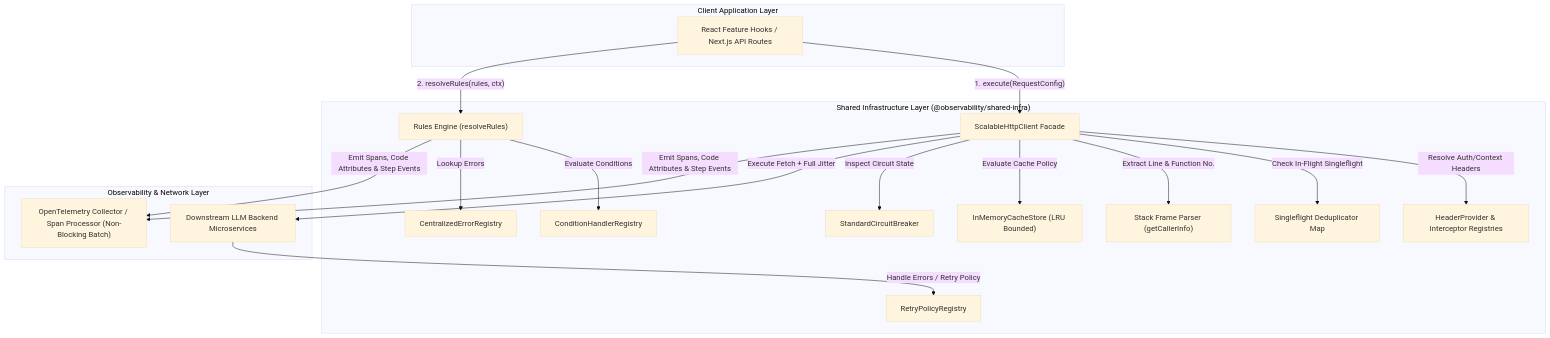
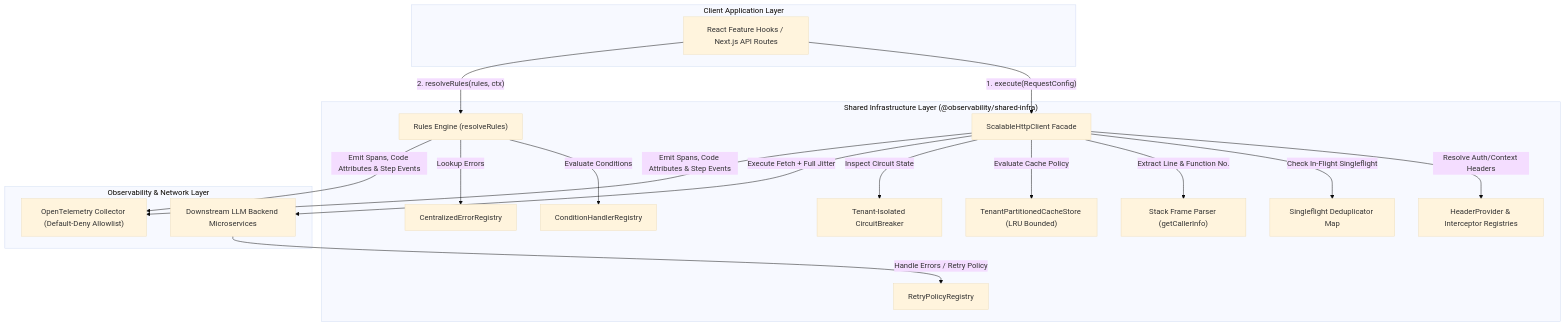
The first of 5 diagrams in packages/node/shared-infra/docs/adr/0001-scalable-resilient-telemetry-http-pipeline.md (Chief-Strategist-J/llm-observability-platform), drawn with Mermaid (base theme) before and after one commit. The commit also changed other lines of this file and 3 other files, not shown here.

Commit message:
feat(security): implement default-deny allowlist telemetry, URL sanitization, tenant-isolated route-template circuit breakers, SHA-256 hashed keys, tenant-partitioned LRU cache, SSRF private IP protection, streaming body limits, and detailed Mermaid architecture diagrams in ADR 0001

````diff
--- a/packages/node/shared-infra/docs/adr/0001-scalable-resilient-telemetry-http-pipeline.md
+++ b/packages/node/shared-infra/docs/adr/0001-scalable-resilient-telemetry-http-pipeline.md
@@ -38,38 +38,38 @@
 ```mermaid
 graph TD
   subgraph ClientApp ["Client Application Layer"]
     FE["React Feature Hooks / Next.js API Routes"]
   end
 
   subgraph SharedInfra ["Shared Infrastructure Layer (@observability/shared-infra)"]
     HTTP["ScalableHttpClient Facade"]
     RE["Rules Engine (resolveRules)"]
     REG["HeaderProvider & Interceptor Registries"]
     SF["Singleflight Deduplicator Map"]
-    CB["StandardCircuitBreaker"]
-    CACHE["InMemoryCacheStore (LRU Bounded)"]
+    CB["Tenant-Isolated CircuitBreaker"]
+    CACHE["TenantPartitionedCacheStore (LRU Bounded)"]
     RETRY["RetryPolicyRegistry"]
     COND["ConditionHandlerRegistry"]
     ERR["CentralizedErrorRegistry"]
     CALLER["Stack Frame Parser (getCallerInfo)"]
   end
 
   subgraph ObsNet ["Observability & Network Layer"]
-    OTEL["OpenTelemetry Collector / Span Processor (Non-Blocking Batch)"]
+    OTEL["OpenTelemetry Collector (Default-Deny Allowlist)"]
     NET["Downstream LLM Backend Microservices"]
   end
 
   FE -->|"1. execute(RequestConfig)"| HTTP
   FE -->|"2. resolveRules(rules, ctx)"| RE
   HTTP -->|"Resolve Auth/Context Headers"| REG
   HTTP -->|"Check In-Flight Singleflight"| SF
   HTTP -->|"Extract Line & Function No."| CALLER
   HTTP -->|"Evaluate Cache Policy"| CACHE
   HTTP -->|"Inspect Circuit State"| CB
   HTTP -->|"Execute Fetch + Full Jitter"| NET
   NET -->|"Handle Errors / Retry Policy"| RETRY
   RE -->|"Evaluate Conditions"| COND
   RE -->|"Lookup Errors"| ERR
   HTTP -->|"Emit Spans, Code Attributes & Step Events"| OTEL
   RE -->|"Emit Spans, Code Attributes & Step Events"| OTEL
 ```
````
